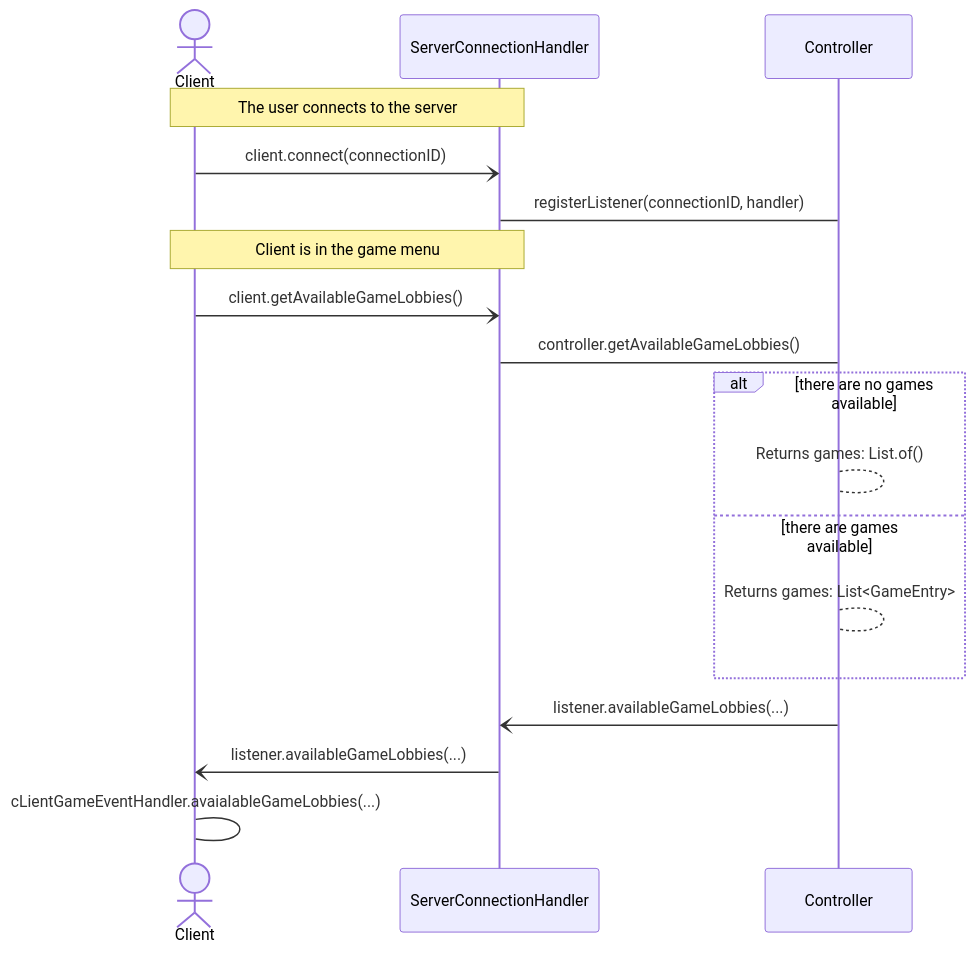
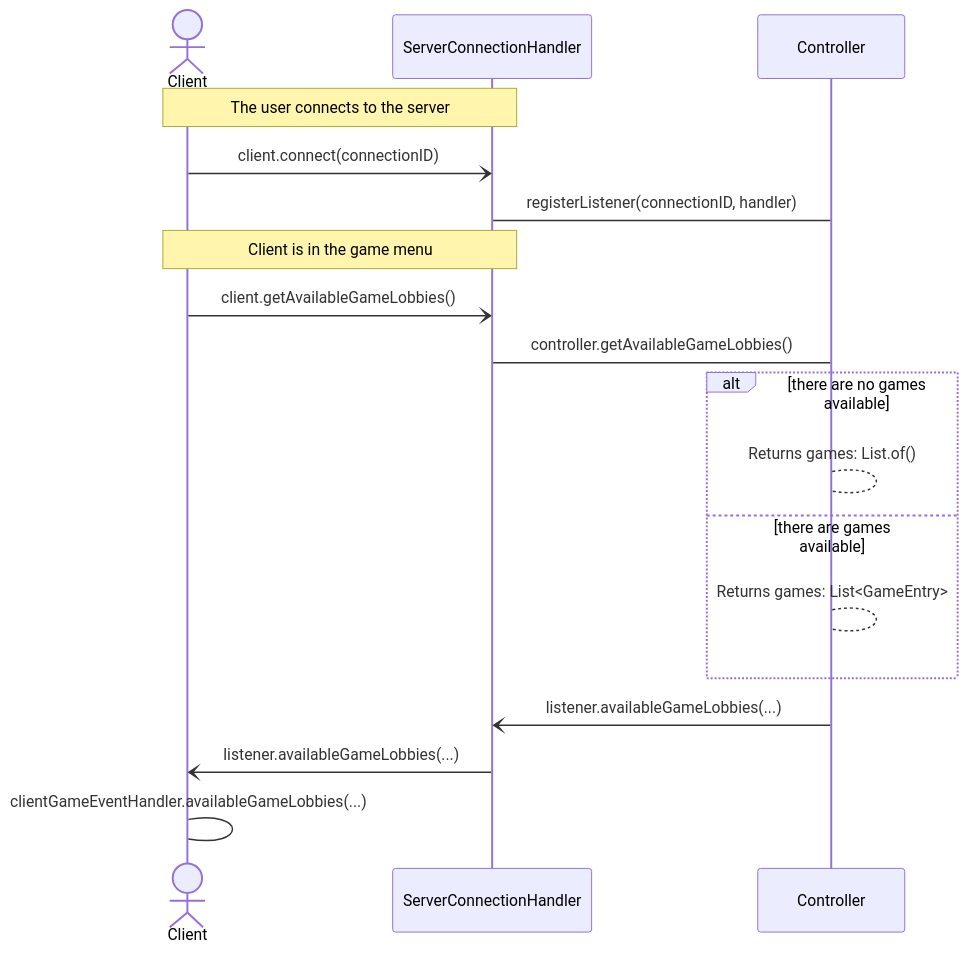
One commit to frephs/IS24-AM21 changed the fourth of 9 diagrams in documentation_wip/network_protocol.md. Above: the diagram before and after it, drawn with Mermaid. The commit also changed other lines of this file, not shown here.

````diff
--- a/documentation_wip/network_protocol.md
+++ b/documentation_wip/network_protocol.md
@@ -108,21 +108,21 @@
 ```mermaid
 sequenceDiagram
     actor Client
     Note over Client, ServerConnectionHandler: The user connects to the server
     Client -) ServerConnectionHandler : client.connect(connectionID) 
     ServerConnectionHandler -> Controller : registerListener(connectionID, handler)
 
     # Get the available lobbies
     Note over Client,ServerConnectionHandler : Client is in the game menu 
     Client -) ServerConnectionHandler : client.getAvailableGameLobbies()
     ServerConnectionHandler -> Controller : controller.getAvailableGameLobbies()
     alt there are no games available
 
         Controller --> Controller : Returns games: List.of()
     else there are games available 
         Controller --> Controller : Returns games: List<GameEntry>
     end 
     Controller -) ServerConnectionHandler : listener.availableGameLobbies(...)
     ServerConnectionHandler -) Client : listener.availableGameLobbies(...)
-    Client -> Client : cLientGameEventHandler.avaialableGameLobbies(...)
+    Client -> Client : clientGameEventHandler.availableGameLobbies(...)
 ```
````
